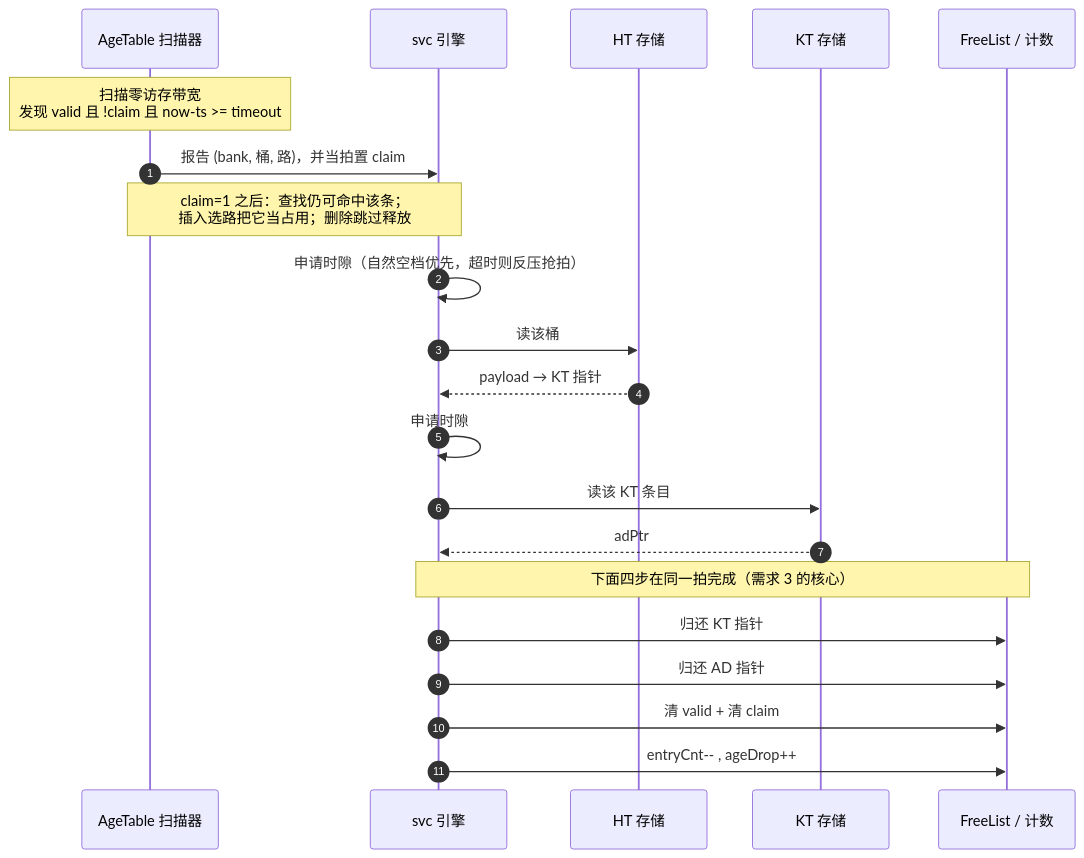
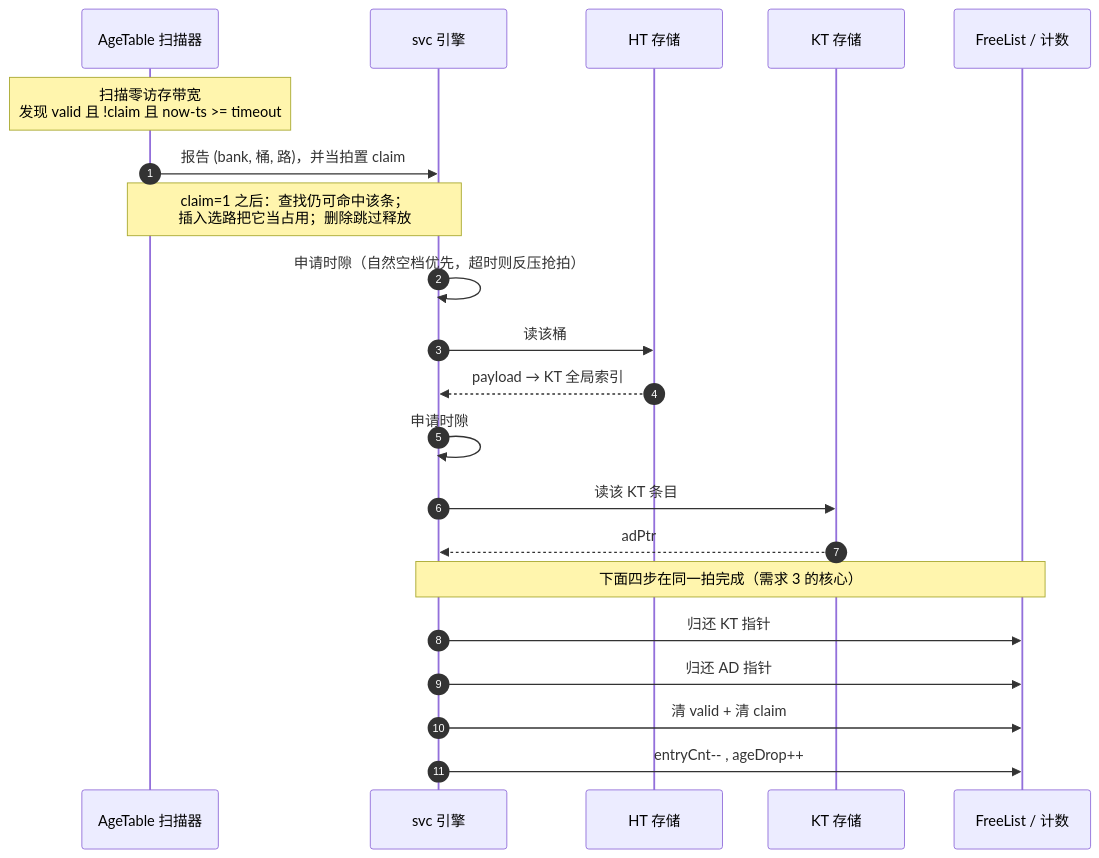
The seventh of 8 diagrams in docs/BaseCbb_设计文档/14_em.md (RuyeeAI/HardwareDesign), drawn with Mermaid before and after one commit. The commit also changed other lines of this file and 4 other files, not shown here.

````diff
--- a/docs/BaseCbb_设计文档/14_em.md
+++ b/docs/BaseCbb_设计文档/14_em.md
@@ -337,24 +350,24 @@
 ```mermaid
 sequenceDiagram
     autonumber
     participant SC as AgeTable 扫描器
     participant SV as svc 引擎
     participant HT as HT 存储
     participant KT as KT 存储
     participant FL as FreeList / 计数
 
     Note over SC: 扫描零访存带宽<br/>发现 valid 且 !claim 且 now-ts >= timeout
     SC->>SV: 报告 (bank, 桶, 路)，并当拍置 claim
     Note over SC,SV: claim=1 之后：查找仍可命中该条；<br/>插入选路把它当占用；删除跳过释放
     SV->>SV: 申请时隙（自然空档优先，超时则反压抢拍）
     SV->>HT: 读该桶
-    HT-->>SV: payload → KT 指针
+    HT-->>SV: payload → KT 全局索引
     SV->>SV: 申请时隙
     SV->>KT: 读该 KT 条目
     KT-->>SV: adPtr
     Note over SV,FL: 下面四步在同一拍完成（需求 3 的核心）
     SV->>FL: 归还 KT 指针
     SV->>FL: 归还 AD 指针
     SV->>FL: 清 valid + 清 claim
     SV->>FL: entryCnt-- , ageDrop++
 ```
````
